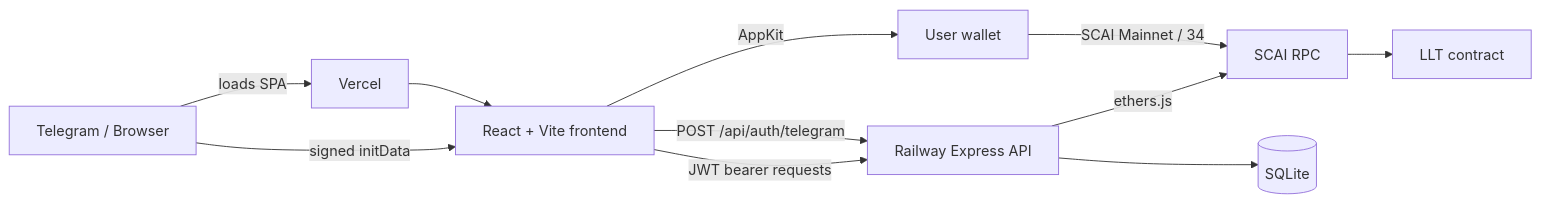
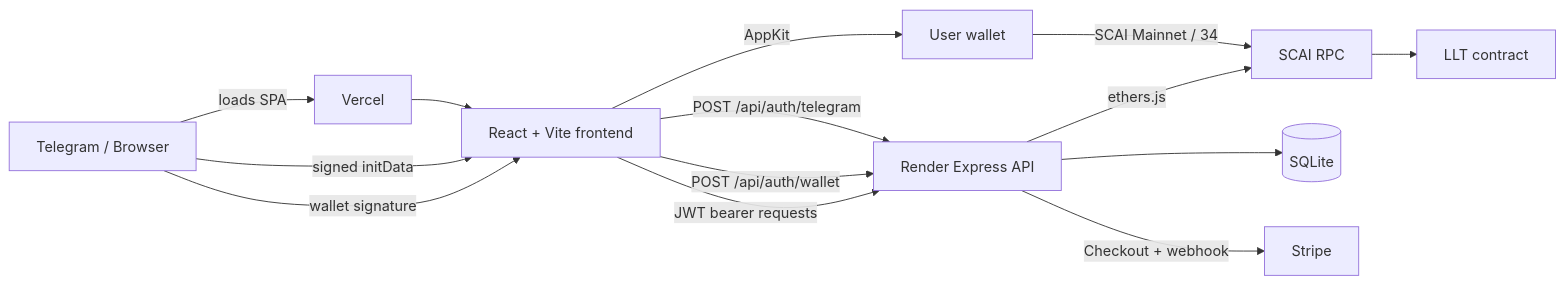
The first of 2 diagrams in architecture.md (feudcommon/lottery_project), drawn with Mermaid before and after one commit. The commit also changed other lines of this file and 5 other files, not shown here.

````diff
--- a/architecture.md
+++ b/architecture.md
@@ -5,13 +5,16 @@
 ```mermaid
 flowchart LR
   T[Telegram / Browser] -->|loads SPA| V[Vercel]
   V --> F[React + Vite frontend]
   T -->|signed initData| F
-  F -->|POST /api/auth/telegram| A[Railway Express API]
+  T -->|wallet signature| F
+  F -->|POST /api/auth/telegram| A[Render Express API]
+  F -->|POST /api/auth/wallet| A
   F -->|JWT bearer requests| A
   F -->|AppKit| M[User wallet]
   M -->|SCAI Mainnet / 34| R[SCAI RPC]
   A --> Q[(SQLite)]
   A -->|ethers.js| R
+  A -->|Checkout + webhook| ST[Stripe]
   R --> L[LLT contract]
 ```
````
